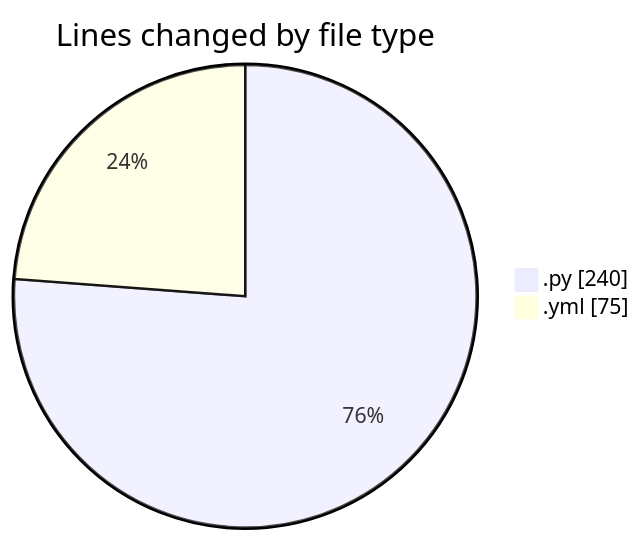
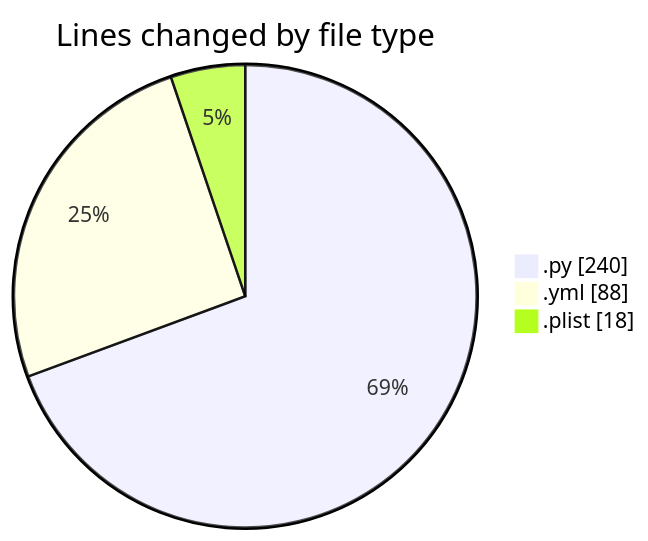
Before and after one commit to lephambinh05/code-tracking: the first of 2 diagrams in 2025-08-07/studybuddy/README.md, drawn with Mermaid. The commit also changed other lines of this file and 1 other file, not shown here.

````diff
--- a/2025-08-07/studybuddy/README.md
+++ b/2025-08-07/studybuddy/README.md
@@ -22,6 +23,7 @@
 ```mermaid
 pie showData
 title Lines changed by file type
 ".py" : 240
-".yml" : 75
+".yml" : 88
+".plist" : 18
 ```
````
